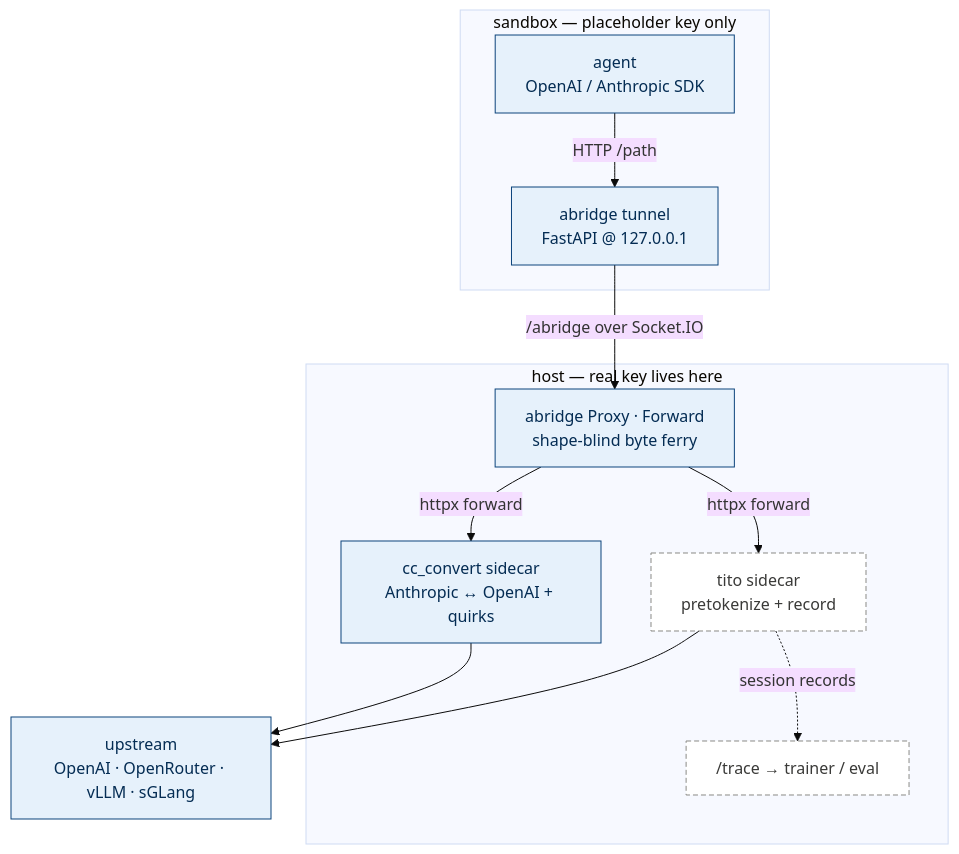
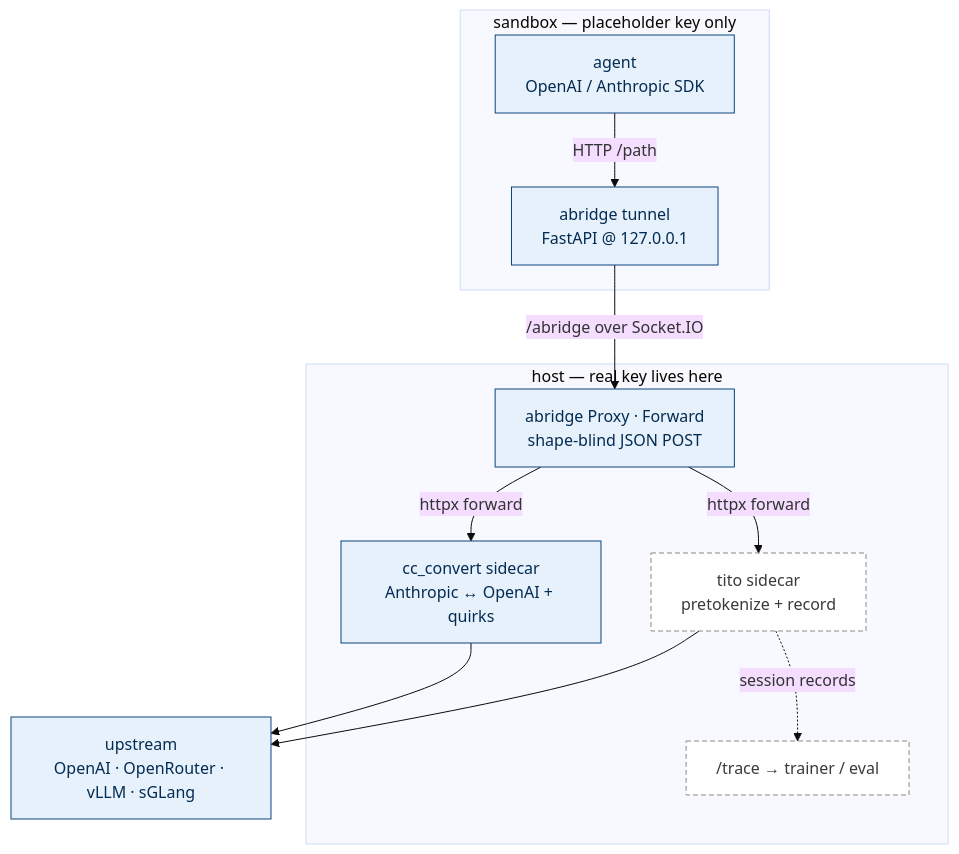
The diagram in plugins/abridge/ARCHITECTURE.md (Agentix-Project/Agentix), drawn with Mermaid (base theme) before and after one commit. The commit also changed other lines of this file and 11 other files, not shown here.

````diff
--- a/plugins/abridge/ARCHITECTURE.md
+++ b/plugins/abridge/ARCHITECTURE.md
@@ -14,29 +15,29 @@
 ```mermaid
 flowchart TB
   subgraph sb["sandbox — placeholder key only"]
     agent["agent<br/>OpenAI / Anthropic SDK"]
     tunnel["abridge tunnel<br/>FastAPI @ 127.0.0.1"]
   end
 
   subgraph hs["host — real key lives here"]
-    proxy["abridge Proxy · Forward<br/>shape-blind byte ferry"]
+    proxy["abridge Proxy · Forward<br/>shape-blind JSON POST"]
     cc["cc_convert sidecar<br/>Anthropic ↔ OpenAI + quirks"]
     tito["tito sidecar<br/>pretokenize + record"]
     trace["/trace → trainer / eval"]
   end
 
   up["upstream<br/>OpenAI · OpenRouter · vLLM · sGLang"]
 
   agent -->|"HTTP /path"| tunnel
   tunnel -->|"/abridge over Socket.IO"| proxy
   proxy -->|"httpx forward"| cc
   proxy -->|"httpx forward"| tito
   cc --> up
   tito --> up
   tito -. "session records" .-> trace
 
   classDef built fill:#E6F1FB,stroke:#0C447C,color:#042C53;
   classDef planned fill:#ffffff,stroke:#8a8a86,stroke-dasharray:5 3,color:#3a3a38;
   class agent,tunnel,proxy,cc,up built;
   class tito,trace planned;
 ```
````
